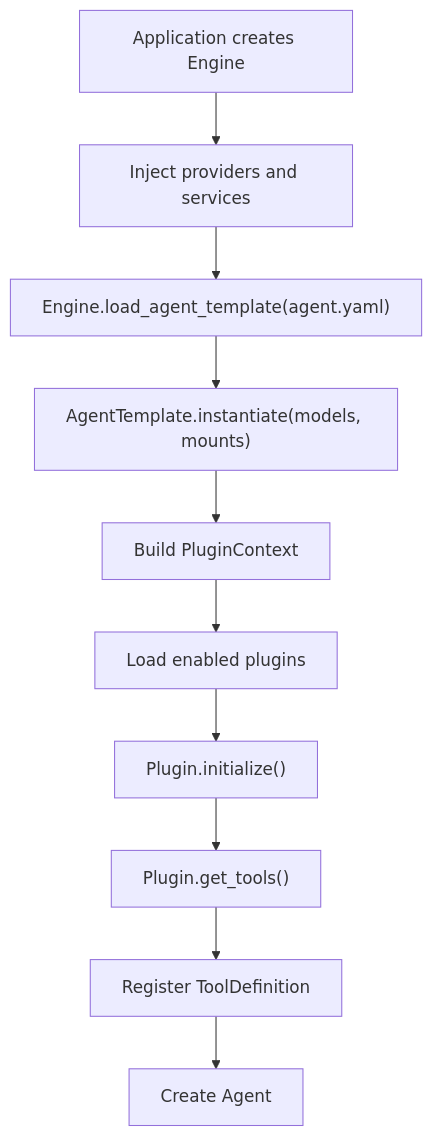
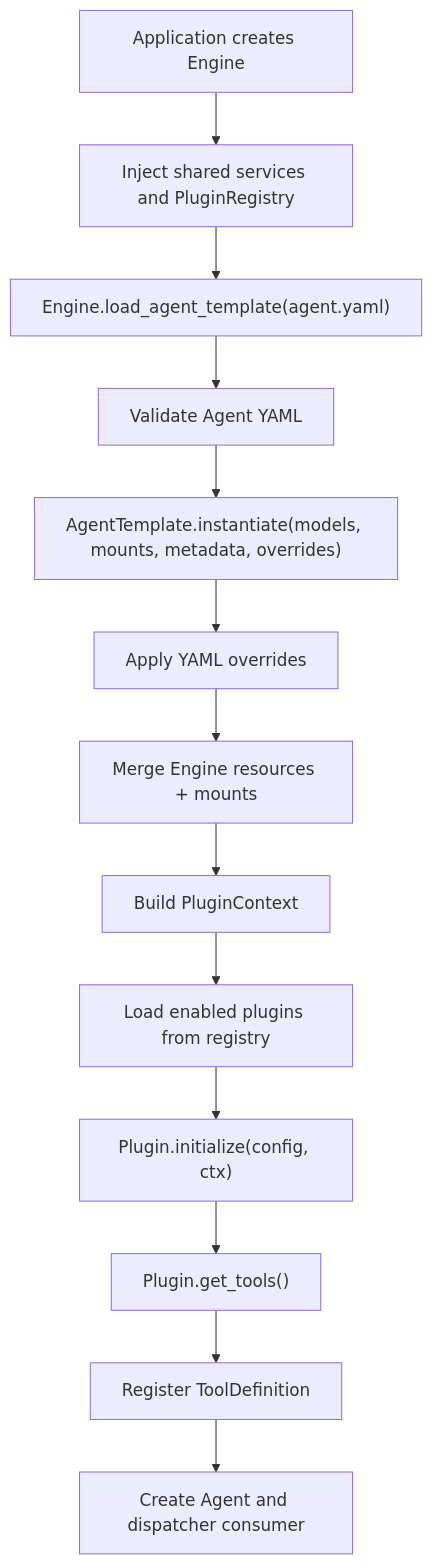
Before and after one commit to axclogo/AxcAgentEngine: the first of 2 diagrams in README.md, drawn with Mermaid. The commit also changed other lines of this file and 71 other files, not shown here.

````diff
--- a/README.md
+++ b/README.md
@@ -334,12 +371,15 @@
 ```mermaid
 flowchart TD
-    A["Application creates Engine"] --> B["Inject providers and services"]
+    A["Application creates Engine"] --> B["Inject shared services and PluginRegistry"]
     B --> C["Engine.load_agent_template(agent.yaml)"]
-    C --> D["AgentTemplate.instantiate(models, mounts)"]
-    D --> E["Build PluginContext"]
-    E --> F["Load enabled plugins"]
-    F --> G["Plugin.initialize()"]
-    G --> H["Plugin.get_tools()"]
-    H --> I["Register ToolDefinition"]
-    I --> J["Create Agent"]
+    C --> D["Validate Agent YAML"]
+    D --> E["AgentTemplate.instantiate(models, mounts, metadata, overrides)"]
+    E --> F["Apply YAML overrides"]
+    F --> G["Merge Engine resources + mounts"]
+    G --> H["Build PluginContext"]
+    H --> I["Load enabled plugins from registry"]
+    I --> J["Plugin.initialize(config, ctx)"]
+    J --> K["Plugin.get_tools()"]
+    K --> L["Register ToolDefinition"]
+    L --> M["Create Agent and dispatcher consumer"]
 ```
````
